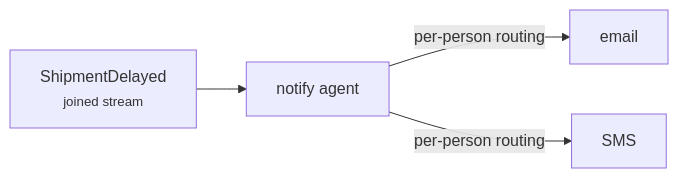
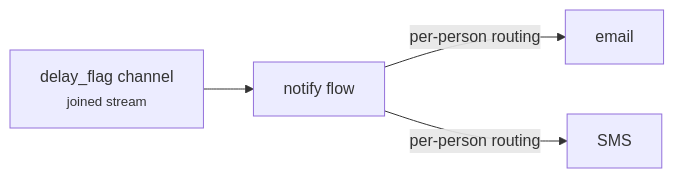
The second of 2 diagrams in docs/examples/ingest-and-react.md (plasmash/docs), drawn with Mermaid before and after one commit. The commit also changed other lines of this file and 6 other files, not shown here.

````diff
--- a/docs/examples/ingest-and-react.md
+++ b/docs/examples/ingest-and-react.md
@@ -65,6 +69,6 @@
 ```mermaid
 flowchart LR
-  J["ShipmentDelayed<br/><small>joined stream</small>"] --> N["notify agent"]
+  J["delay_flag channel<br/><small>joined stream</small>"] --> N["notify flow"]
   N -->|per-person routing| M["email"]
   N -->|per-person routing| S["SMS"]
 ```
````
